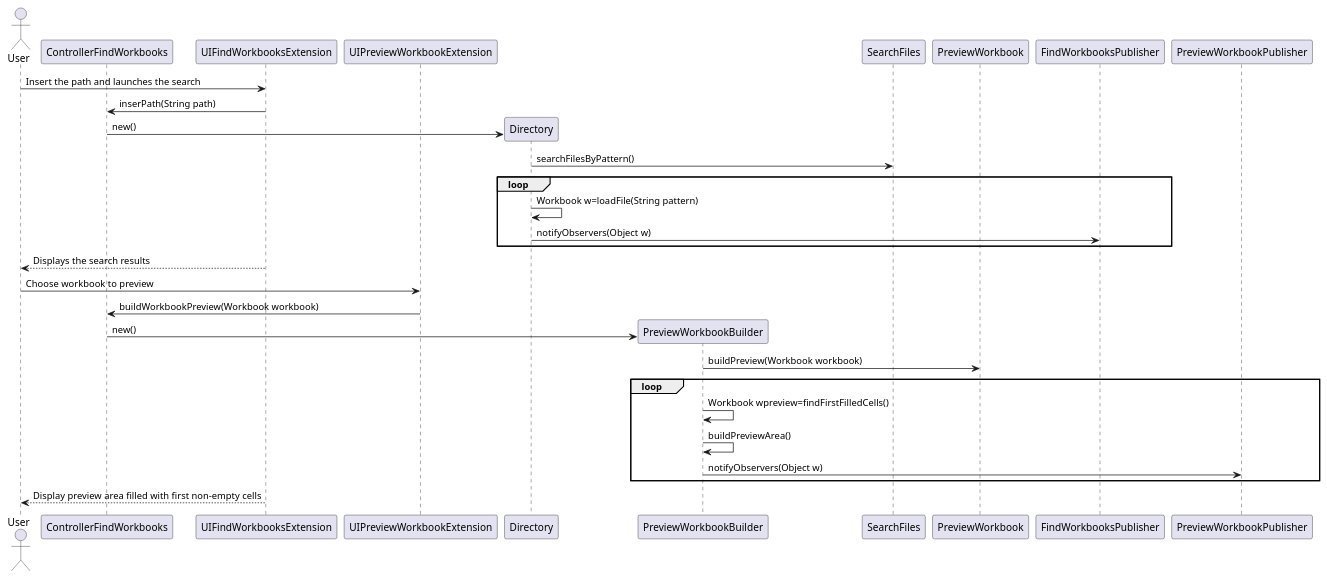
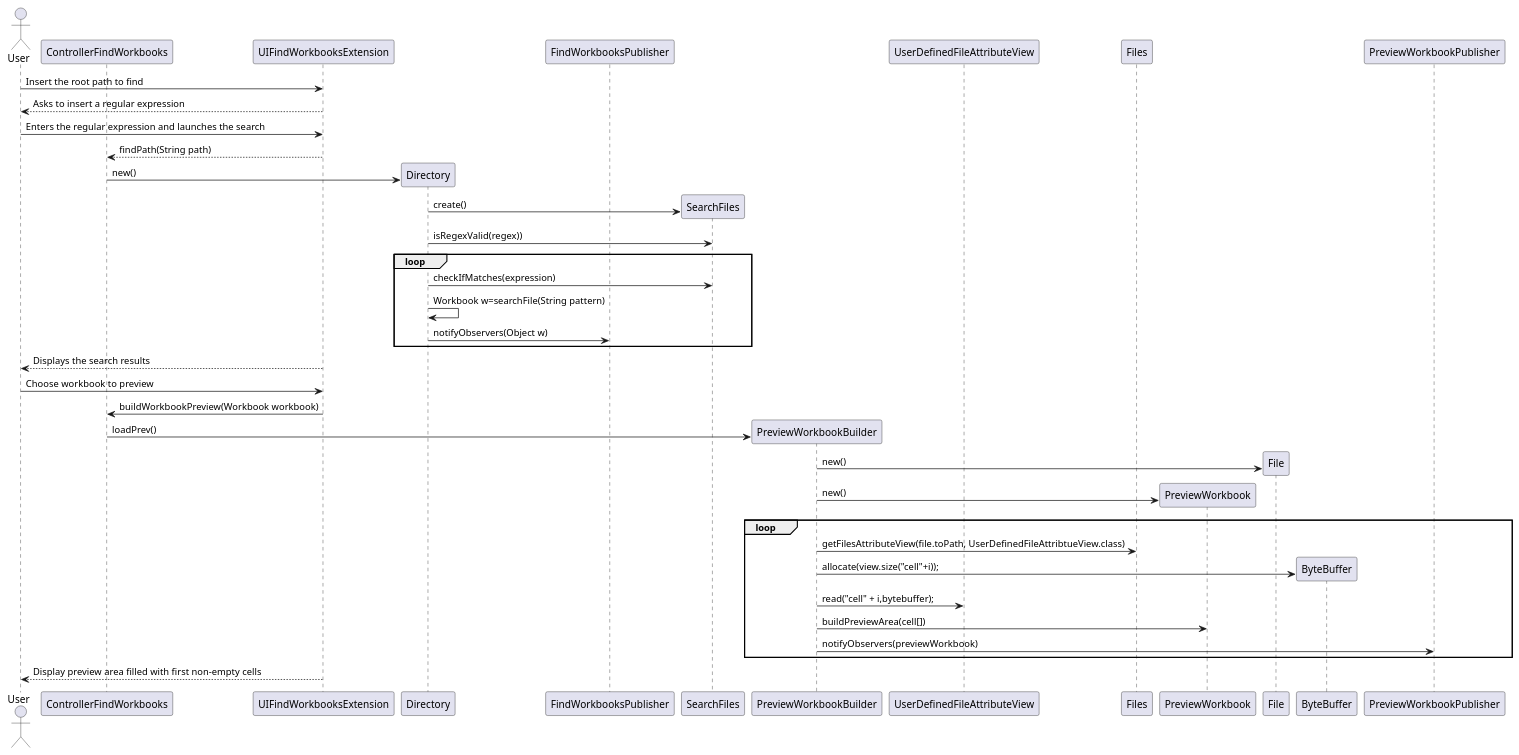
The diagram in src/main/java/lapr4/blue/s2/ipc/n1151088/advancedWorkbookSearch/ipc02_2_sd.puml (MikeTekOn/lapr4-2017-2dd), drawn with PlantUML before and after one commit. The commit also changed 7 other files, not shown here.

```diff
--- a/src/main/java/lapr4/blue/s2/ipc/n1151088/advancedWorkbookSearch/ipc02_2_sd.puml
+++ b/src/main/java/lapr4/blue/s2/ipc/n1151088/advancedWorkbookSearch/ipc02_2_sd.puml
@@ -1,35 +1,50 @@
 @startuml ipc02_2_sd.png
 
 actor User
 participant ControllerFindWorkbooks
 participant UIFindWorkbooksExtension
-participant UIPreviewWorkbookExtension
 participant Directory
+participant FindWorkbooksPublisher
+participant SearchFiles
 participant PreviewWorkbookBuilder
-participant SearchFiles
+participant UserDefinedFileAttributeView
+participant Files
 participant PreviewWorkbook
 
-User->UIFindWorkbooksExtension:Insert the path and launches the search 
-UIFindWorkbooksExtension->ControllerFindWorkbooks:inserPath(String path)
+User->UIFindWorkbooksExtension:Insert the root path to find
+UIFindWorkbooksExtension-->User: Asks to insert a regular expression
+User->UIFindWorkbooksExtension: Enters the regular expression and launches the search
+UIFindWorkbooksExtension-->ControllerFindWorkbooks:findPath(String path)
 create Directory
 ControllerFindWorkbooks->Directory:new()
-Directory->SearchFiles:searchFilesByPattern()
+create SearchFiles
+Directory->SearchFiles:create()
+Directory -> SearchFiles: isRegexValid(regex))
 loop
-Directory->Directory:Workbook w=loadFile(String pattern)
+Directory->SearchFiles: checkIfMatches(expression)
+Directory->Directory:Workbook w=searchFile(String pattern)
 Directory->FindWorkbooksPublisher:notifyObservers(Object w)
 end
 User<--UIFindWorkbooksExtension: Displays the search results
-User->UIPreviewWorkbookExtension: Choose workbook to preview
-UIPreviewWorkbookExtension->ControllerFindWorkbooks:buildWorkbookPreview(Workbook workbook)
+User->UIFindWorkbooksExtension: Choose workbook to preview
+UIFindWorkbooksExtension->ControllerFindWorkbooks:buildWorkbookPreview(Workbook workbook)
 create PreviewWorkbookBuilder
-ControllerFindWorkbooks->PreviewWorkbookBuilder:new()
-PreviewWorkbookBuilder->PreviewWorkbook: buildPreview(Workbook workbook)
+ControllerFindWorkbooks->PreviewWorkbookBuilder:loadPrev()
+create File
+PreviewWorkbookBuilder->File: new()
+create PreviewWorkbook
+PreviewWorkbookBuilder->PreviewWorkbook: new()
 loop
-PreviewWorkbookBuilder->PreviewWorkbookBuilder:Workbook wpreview=findFirstFilledCells()
-PreviewWorkbookBuilder->PreviewWorkbookBuilder:buildPreviewArea()
-PreviewWorkbookBuilder->PreviewWorkbookPublisher: notifyObservers(Object w)
+PreviewWorkbookBuilder->Files: getFilesAttributeView(file.toPath, UserDefinedFileAttribtueView.class)
+create UserDefinedFileAttributeView
+create ByteBuffer
+PreviewWorkbookBuilder->ByteBuffer: allocate(view.size("cell"+i));
+PreviewWorkbookBuilder->UserDefinedFileAttributeView: read("cell" + i,bytebuffer);
+PreviewWorkbookBuilder->PreviewWorkbook: buildPreviewArea(cell[])
+PreviewWorkbookBuilder->PreviewWorkbookPublisher: notifyObservers(previewWorkbook)
 end
+
 UIFindWorkbooksExtension-->User: Display preview area filled with first non-empty cells
 
 
 @enduml
```
